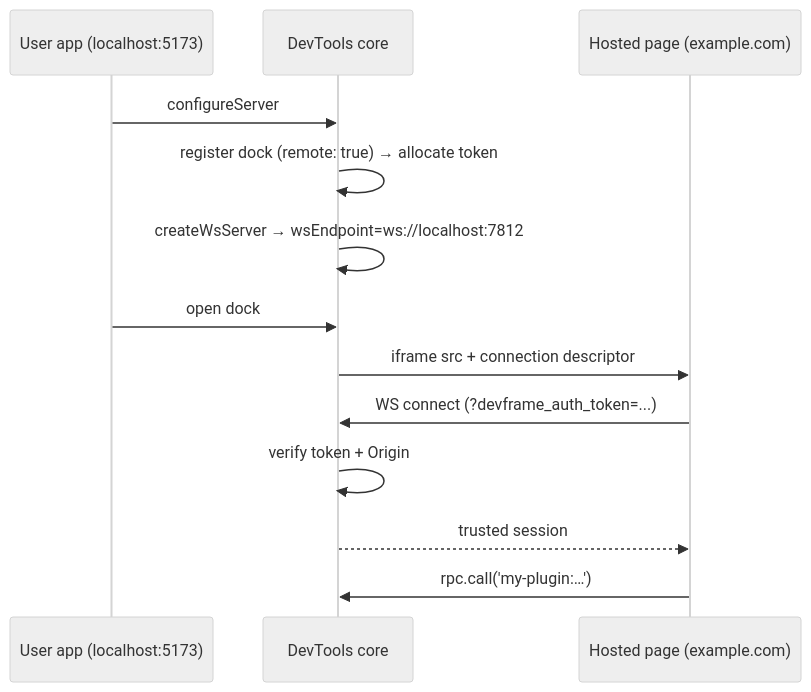
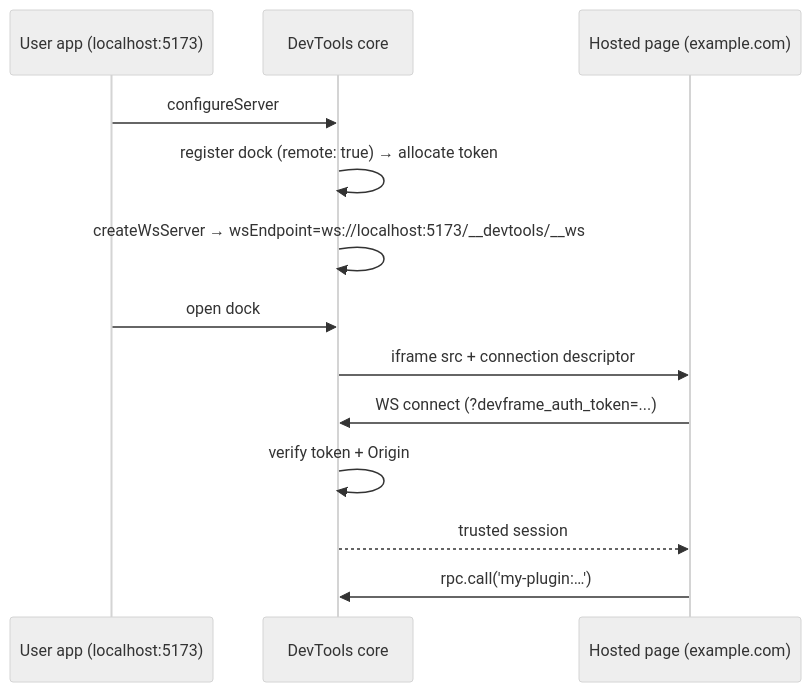
One commit to vitejs/devtools changed the diagram in docs/kit/remote-client.md. Above: the diagram before and after it, drawn with Mermaid (neutral theme). The commit also changed 4 other files, not shown here.

````diff
--- a/docs/kit/remote-client.md
+++ b/docs/kit/remote-client.md
@@ -27,16 +27,16 @@
 ```mermaid
 sequenceDiagram
   participant User as User app (localhost:5173)
   participant Core as DevTools core
   participant Hosted as Hosted page (example.com)
 
   User->>Core: configureServer
   Core->>Core: register dock (remote: true) → allocate token
-  Core->>Core: createWsServer → wsEndpoint=ws://localhost:7812
+  Core->>Core: createWsServer → wsEndpoint=ws://localhost:5173/__devtools/__ws
   User->>Core: open dock
   Core->>Hosted: iframe src + connection descriptor
   Hosted->>Core: WS connect (?devframe_auth_token=...)
   Core->>Core: verify token + Origin
   Core-->>Hosted: trusted session
   Hosted->>Core: rpc.call('my-plugin:…')
 ```
````
